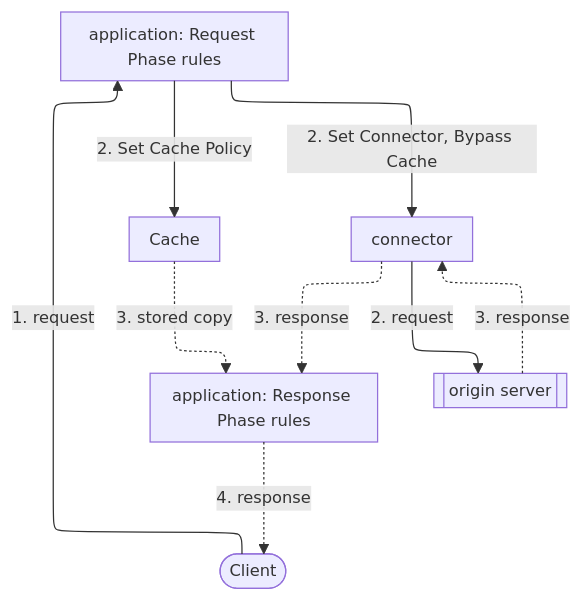
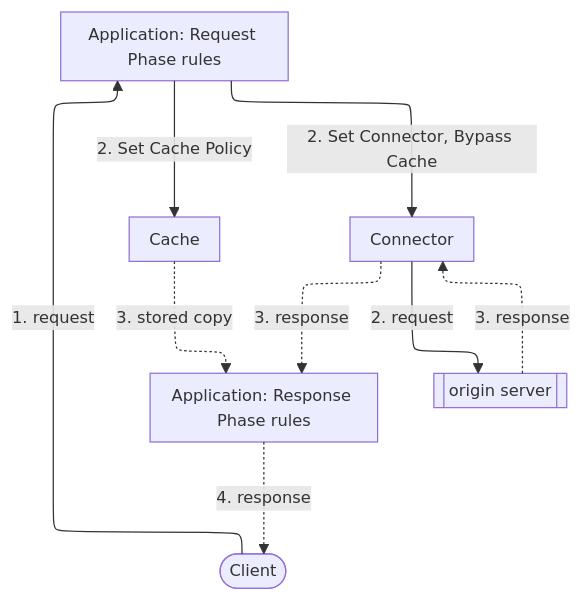
One commit to aziontech/docs changed the second of 3 diagrams in apps/docs/src/content/docs/en/pages/build/applications/how-it-works.mdx. Above: the diagram before and after it, drawn with Mermaid. The commit also changed other lines of this file and 3 other files, not shown here.

````diff
--- a/apps/docs/src/content/docs/en/pages/build/applications/how-it-works.mdx
+++ b/apps/docs/src/content/docs/en/pages/build/applications/how-it-works.mdx
@@ -73,18 +73,18 @@
 ```mermaid
 %%{init: {"layout": "elk", "elk": {"cycleBreakingStrategy": "MODEL_ORDER"}, "themeVariables": {"fontSize": "13px"}, "flowchart": {"nodeSpacing": 24, "rankSpacing": 36, "padding": 8, "wrappingWidth": 150, "useMaxWidth": true}, "sequence": {"width": 120, "actorMargin": 30, "useMaxWidth": true}}}%%
 flowchart TD
   Client(["Client"])
-  ReqRules["application: Request Phase rules"]
-  RespRules["application: Response Phase rules"]
+  ReqRules["Application: Request Phase rules"]
+  RespRules["Application: Response Phase rules"]
   Cache["Cache"]
-  Conn["connector"]
+  Conn["Connector"]
   Origin[["origin server"]]
   Client -->|"1. request"| ReqRules
   ReqRules -->|"2. Set Cache Policy"| Cache
   ReqRules -->|"2. Set Connector, Bypass Cache"| Conn
   Conn -->|"2. request"| Origin
   Cache -.->|"3. stored copy"| RespRules
   Origin -.->|"3. response"| Conn
   Conn -.->|"3. response"| RespRules
   RespRules -.->|"4. response"| Client
 ```
````
